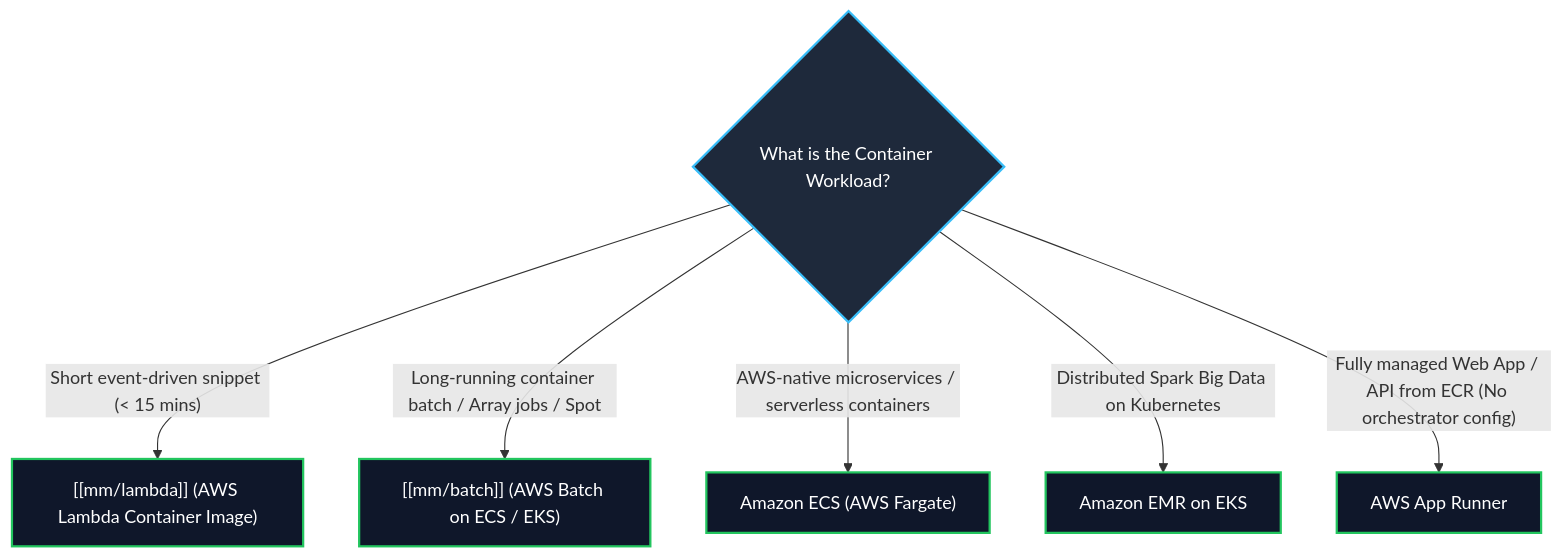
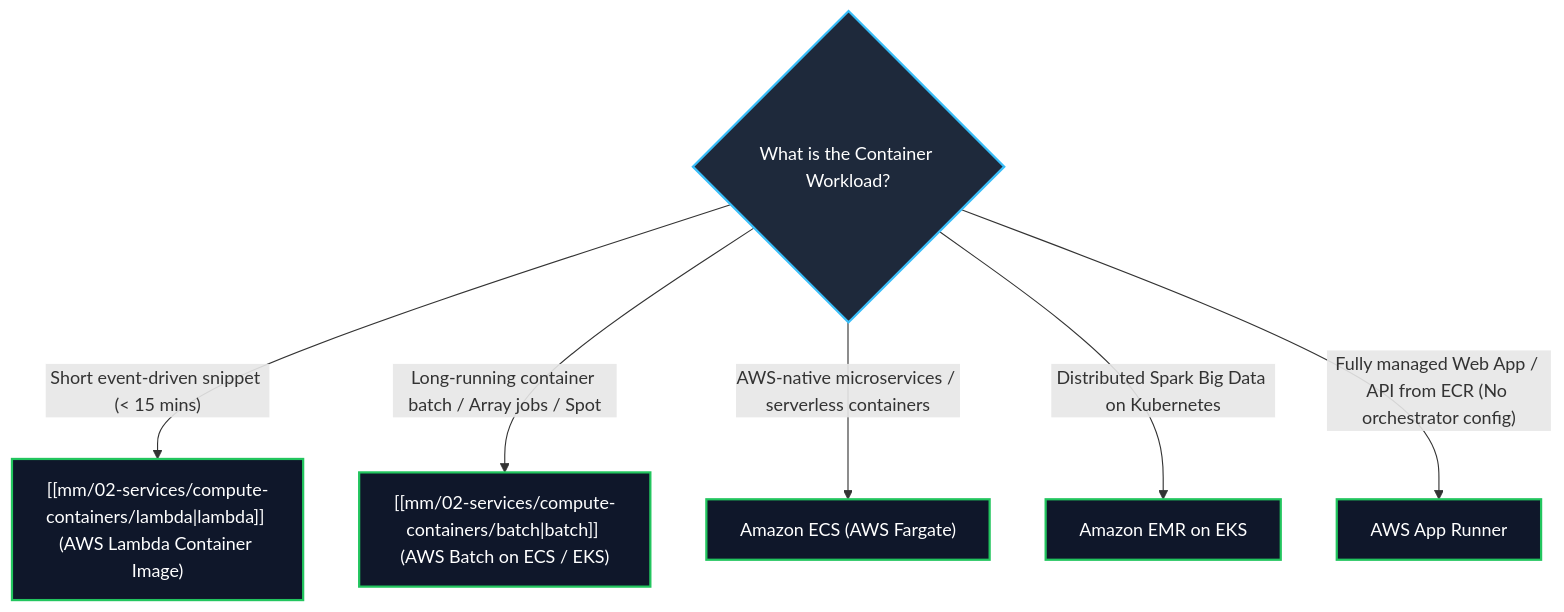
Before and after one commit to Wathon/aws-dea-c01-note: the tenth of 12 diagrams in content/mm/02-services/compute-containers/ecr-ecs-eks.md, drawn with Mermaid. The commit also changed other lines of this file and 261 other files, not shown here.

````diff
--- a/content/mm/02-services/compute-containers/ecr-ecs-eks.md
+++ b/content/mm/02-services/compute-containers/ecr-ecs-eks.md
@@ -550,16 +550,16 @@
 ```mermaid
 graph TD
     ContainerNeeds{What is the Container Workload?}
 
-    ContainerNeeds -->|"Short event-driven snippet (< 15 mins)"| Lambda["[[mm/lambda]] (AWS Lambda Container Image)"]
-    ContainerNeeds -->|"Long-running container batch / Array jobs / Spot"| Batch["[[mm/batch]] (AWS Batch on ECS / EKS)"]
+    ContainerNeeds -->|"Short event-driven snippet (< 15 mins)"| Lambda["[[mm/02-services/compute-containers/lambda|lambda]] (AWS Lambda Container Image)"]
+    ContainerNeeds -->|"Long-running container batch / Array jobs / Spot"| Batch["[[mm/02-services/compute-containers/batch|batch]] (AWS Batch on ECS / EKS)"]
     ContainerNeeds -->|"AWS-native microservices / serverless containers"| ECS["Amazon ECS (AWS Fargate)"]
     ContainerNeeds -->|"Distributed Spark Big Data on Kubernetes"| EMREKS["Amazon EMR on EKS"]
     ContainerNeeds -->|"Fully managed Web App / API from ECR (No orchestrator config)"| AppRunner["AWS App Runner"]
 
     classDef dec fill:#1e293b,stroke:#38bdf8,stroke-width:2px,color:#fff;
     classDef opt fill:#0f172a,stroke:#22c55e,stroke-width:2px,color:#fff;
 
     class ContainerNeeds dec;
     class Lambda,Batch,ECS,EMREKS,AppRunner opt;
 ```
````
